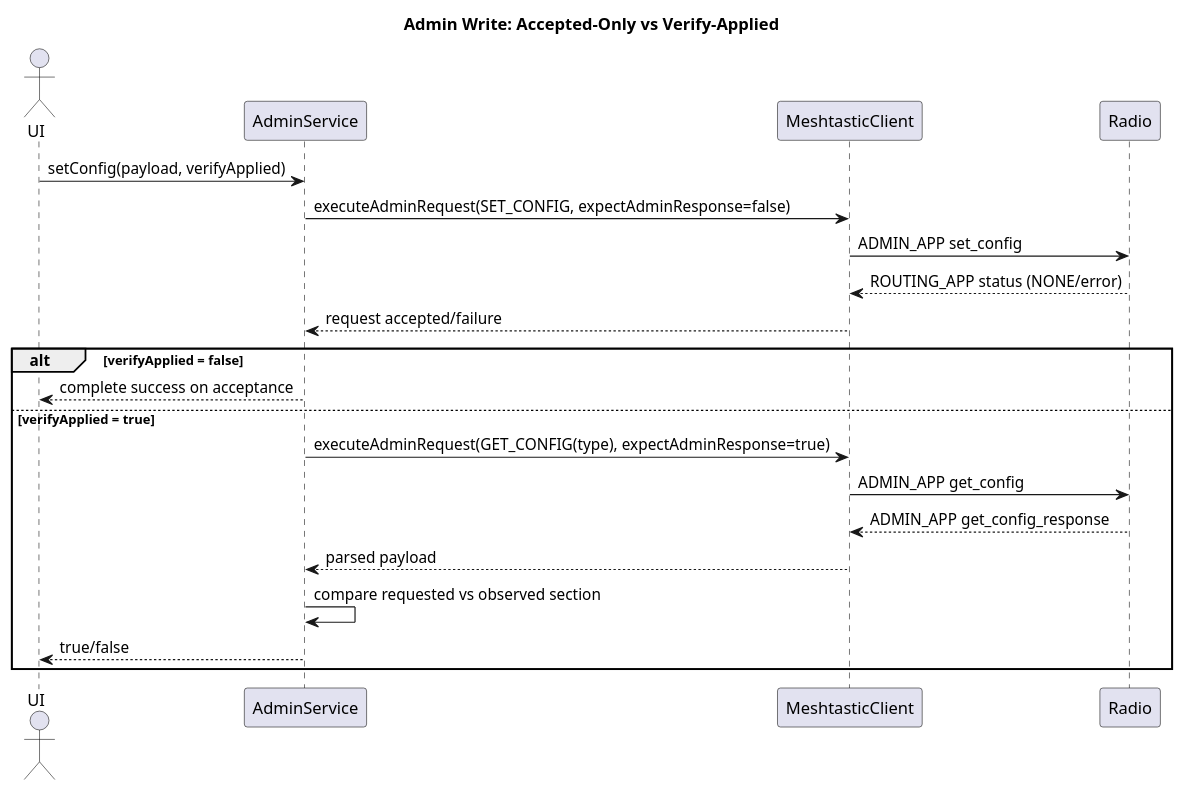
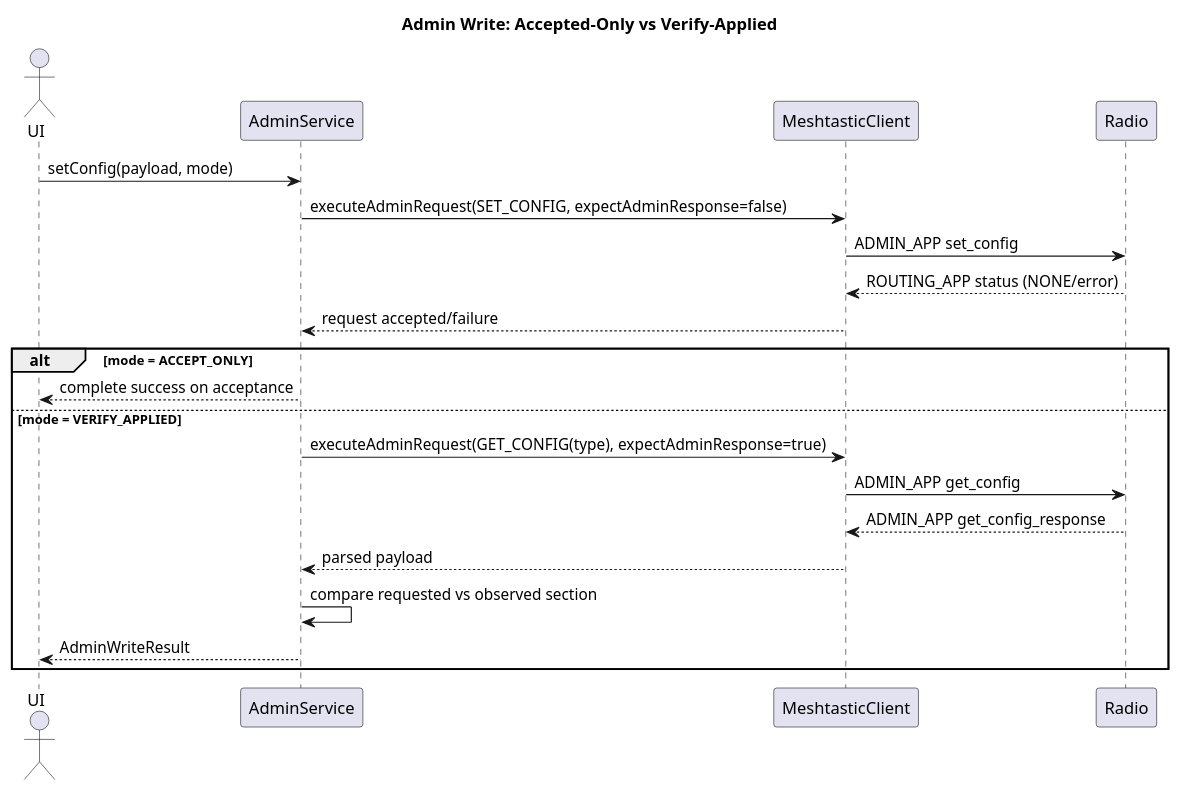
The diagram in src/docs/asciidoc/sections/08-admin-write-semantics.adoc (meshMKT/meshtastic-java-client), drawn with PlantUML before and after one commit. The commit also changed other lines of this file and 23 other files, not shown here.

```diff
--- a/src/docs/asciidoc/sections/08-admin-write-semantics.adoc
+++ b/src/docs/asciidoc/sections/08-admin-write-semantics.adoc
@@ -83,29 +82,29 @@
 [plantuml,admin-write-verification-flow,svg]
 ----
 @startuml
 title Admin Write: Accepted-Only vs Verify-Applied
 
 actor UI
 participant "AdminService" as Admin
 participant "MeshtasticClient" as Client
 participant "Radio" as Radio
 
-UI -> Admin: setConfig(payload, verifyApplied)
+UI -> Admin: setConfig(payload, mode)
 Admin -> Client: executeAdminRequest(SET_CONFIG, expectAdminResponse=false)
 Client -> Radio: ADMIN_APP set_config
 Radio --> Client: ROUTING_APP status (NONE/error)
 Client --> Admin: request accepted/failure
 
-alt verifyApplied = false
+alt mode = ACCEPT_ONLY
   Admin --> UI: complete success on acceptance
-else verifyApplied = true
+else mode = VERIFY_APPLIED
   Admin -> Client: executeAdminRequest(GET_CONFIG(type), expectAdminResponse=true)
   Client -> Radio: ADMIN_APP get_config
   Radio --> Client: ADMIN_APP get_config_response
   Client --> Admin: parsed payload
   Admin -> Admin: compare requested vs observed section
-  Admin --> UI: true/false
+  Admin --> UI: AdminWriteResult
 end
 
 @enduml
 ----
```
